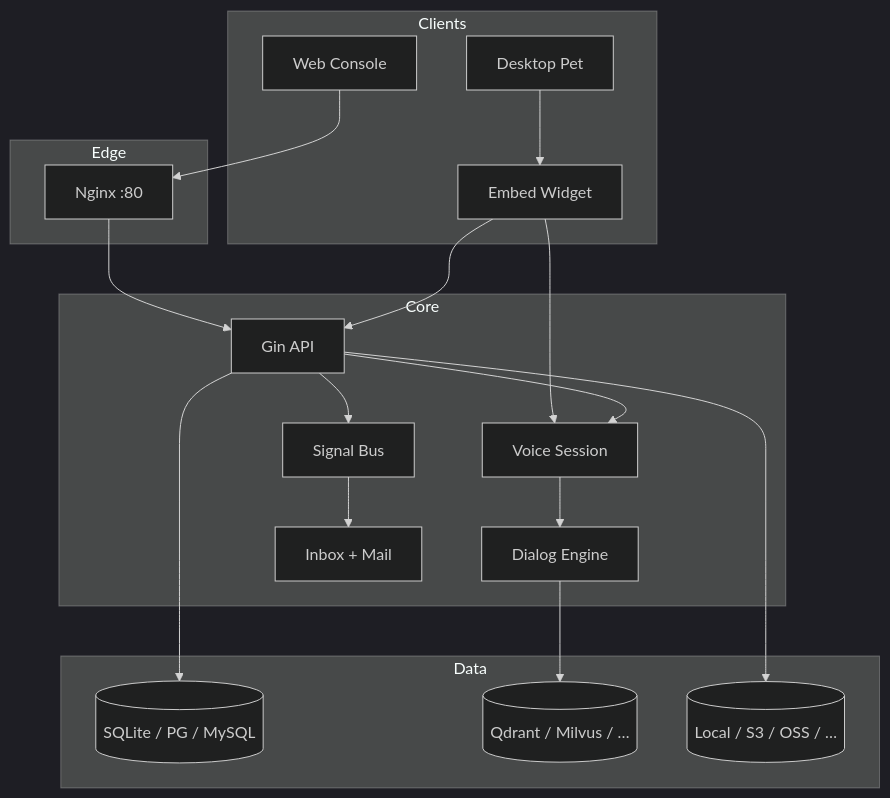
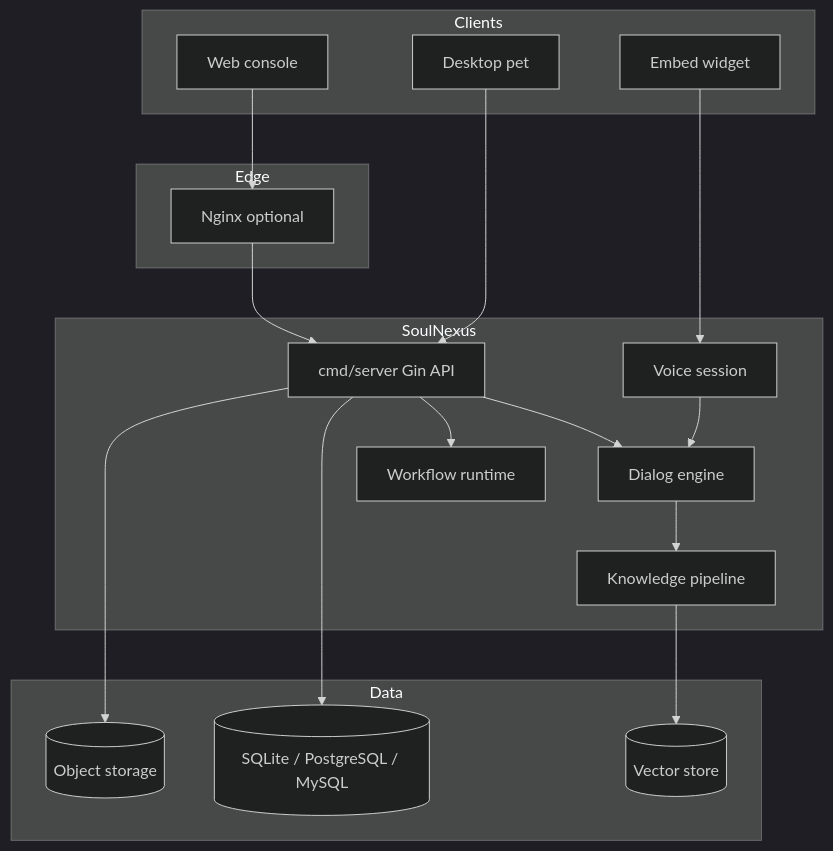
The diagram in README.md (LingByte/SoulNexus), drawn with Mermaid (dark theme) before and after one commit. The commit also changed other lines of this file and 1 other file, not shown here.

````diff
--- a/README.md
+++ b/README.md
@@ -131,35 +79,30 @@
 ```mermaid
 graph TB
-    subgraph Clients
-        Console[Web Console]
-        DesktopPet[Desktop Pet]
-        Embed[Embed Widget]
-    end
-
-    subgraph Edge
-        Nginx[Nginx :80]
-    end
-
-    subgraph Core
-        API[Gin API]
-        VoiceSession[Voice Session]
-        Dialog[Dialog Engine]
-        Signals[Signal Bus]
-        Notify[Inbox + Mail]
-    end
-
-    subgraph Data
-        DB[(SQLite / PG / MySQL)]
-        Vec[(Qdrant / Milvus / …)]
-        Obj[(Local / S3 / OSS / …)]
-    end
-
-    Console --> Nginx --> API
-    DesktopPet --> Embed --> API
-    Embed --> VoiceSession
-    API --> VoiceSession --> Dialog
-    API --> Signals --> Notify
-    API --> DB
-    Dialog --> Vec
-    API --> Obj
+  subgraph Clients
+    Web[Web console]
+    Pet[Desktop pet]
+    Widget[Embed widget]
+  end
+  subgraph Edge
+    Nginx[Nginx optional]
+  end
+  subgraph SoulNexus
+    API[cmd/server Gin API]
+    Dialog[Dialog engine]
+    Voice[Voice session]
+    WF[Workflow runtime]
+    KB[Knowledge pipeline]
+  end
+  subgraph Data
+    DB[(SQLite / PostgreSQL / MySQL)]
+    Vec[(Vector store)]
+    Obj[(Object storage)]
+  end
+  Web --> Nginx --> API
+  Pet --> API
+  Widget --> Voice --> Dialog
+  API --> Dialog --> KB --> Vec
+  API --> WF
+  API --> DB
+  API --> Obj
 ```
````
